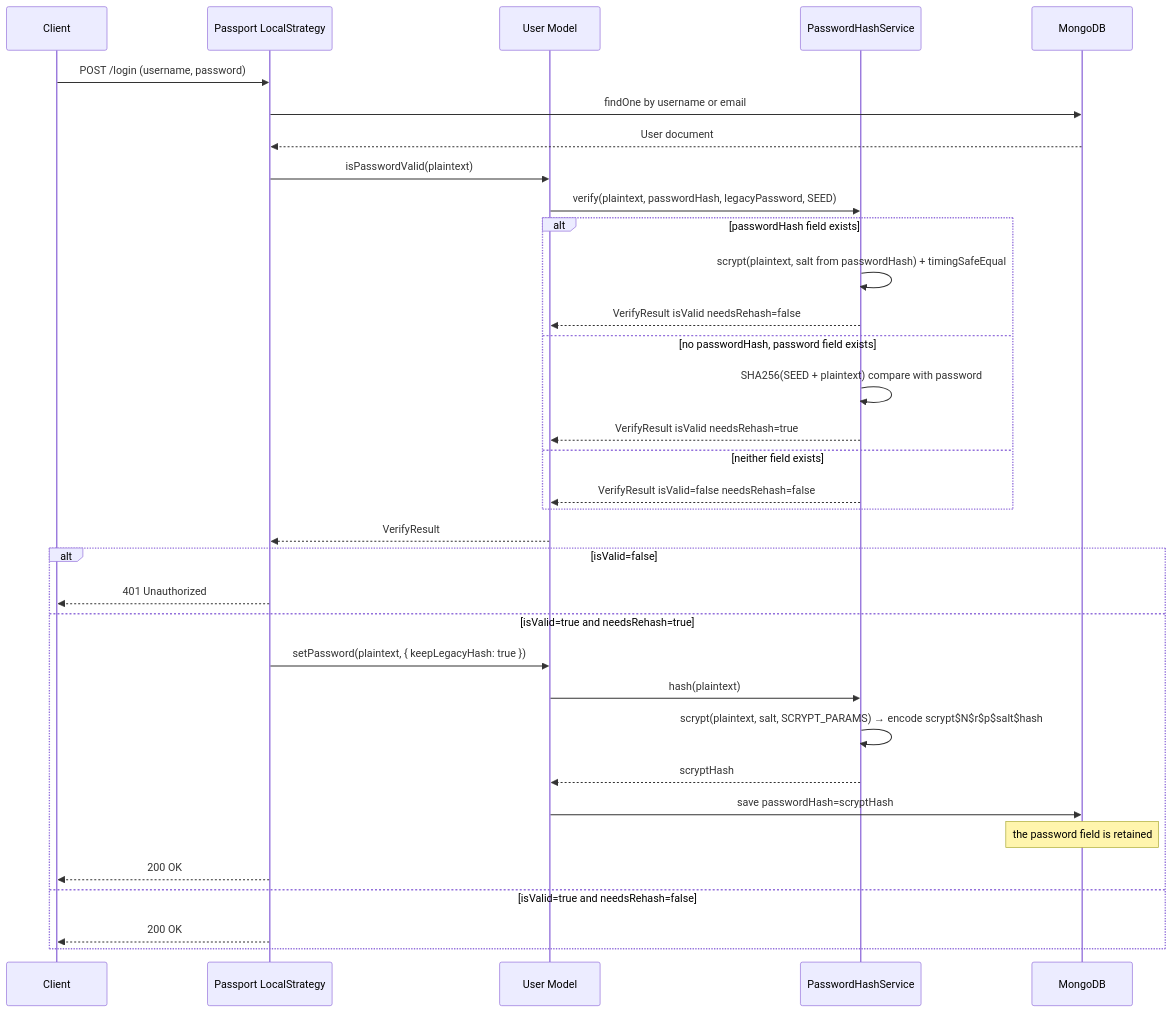
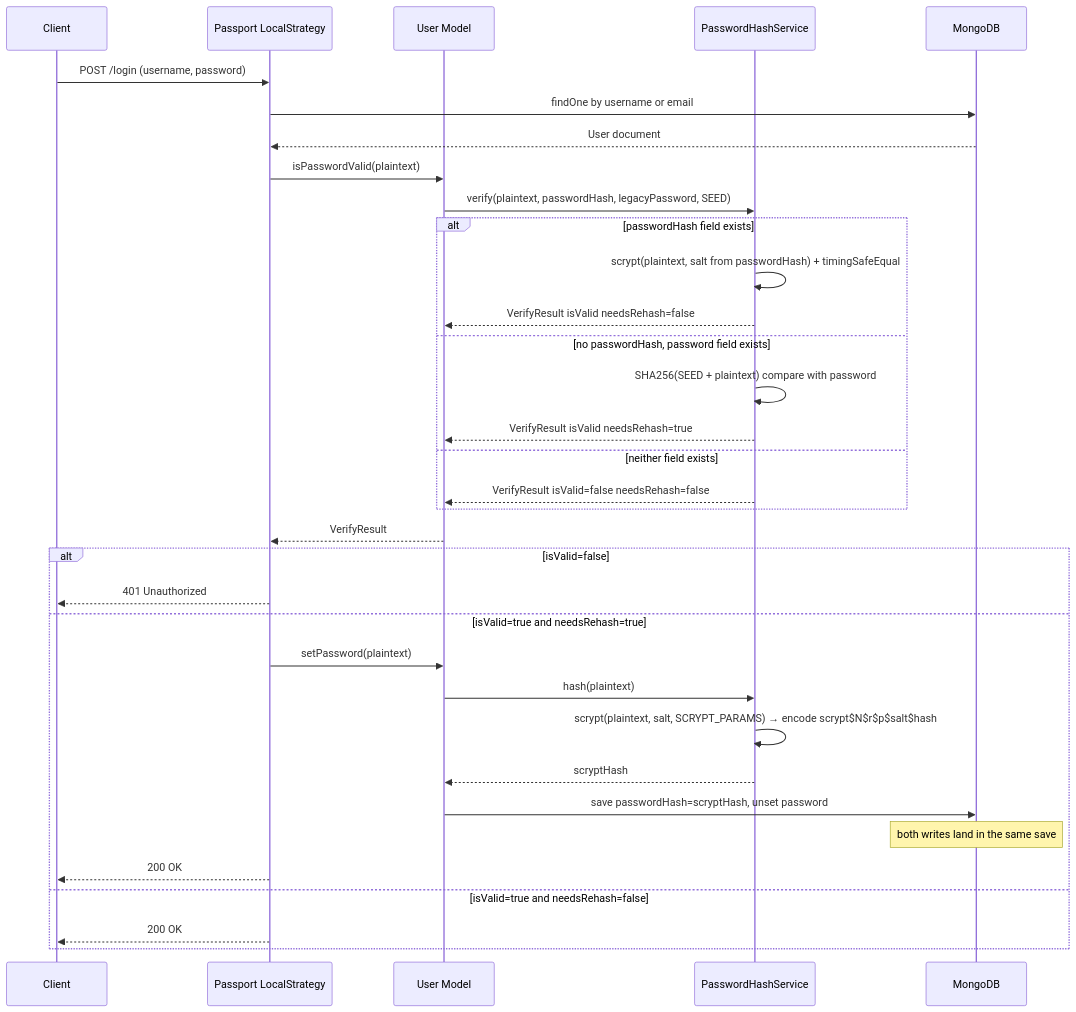
One commit to growilabs/growi changed the second of 4 diagrams in .kiro/specs/password-hash-upgrade/design.md. Above: the diagram before and after it, drawn with Mermaid. The commit also changed other lines of this file and 8 other files, not shown here.

````diff
--- a/.kiro/specs/password-hash-upgrade/design.md
+++ b/.kiro/specs/password-hash-upgrade/design.md
@@ -242,37 +231,37 @@
 ```mermaid
 sequenceDiagram
     participant Client
     participant Passport as Passport LocalStrategy
     participant User as User Model
     participant PHS as PasswordHashService
     participant DB as MongoDB
 
     Client->>Passport: POST /login (username, password)
     Passport->>DB: findOne by username or email
     DB-->>Passport: User document
     Passport->>User: isPasswordValid(plaintext)
     User->>PHS: verify(plaintext, passwordHash, legacyPassword, SEED)
     alt passwordHash field exists
         PHS->>PHS: scrypt(plaintext, salt from passwordHash) + timingSafeEqual
         PHS-->>User: VerifyResult isValid needsRehash=false
     else no passwordHash, password field exists
         PHS->>PHS: SHA256(SEED + plaintext) compare with password
         PHS-->>User: VerifyResult isValid needsRehash=true
     else neither field exists
         PHS-->>User: VerifyResult isValid=false needsRehash=false
     end
     User-->>Passport: VerifyResult
     alt isValid=false
         Passport-->>Client: 401 Unauthorized
     else isValid=true and needsRehash=true
-        Passport->>User: setPassword(plaintext, { keepLegacyHash: true })
+        Passport->>User: setPassword(plaintext)
         User->>PHS: hash(plaintext)
         PHS->>PHS: scrypt(plaintext, salt, SCRYPT_PARAMS) → encode scrypt$N$r$p$salt$hash
         PHS-->>User: scryptHash
-        User->>DB: save passwordHash=scryptHash
-        Note over DB: the password field is retained
+        User->>DB: save passwordHash=scryptHash, unset password
+        Note over DB: both writes land in the same save
         Passport-->>Client: 200 OK
     else isValid=true and needsRehash=false
         Passport-->>Client: 200 OK
     end
 ```
````
